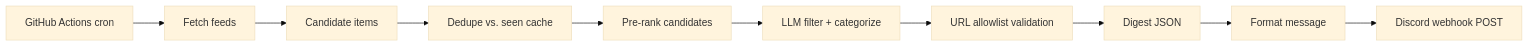
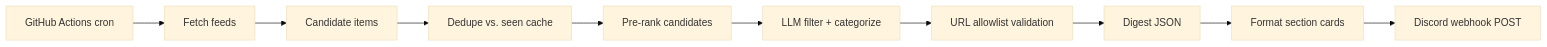
Before and after one commit to vuongj321/cache-me-up: the diagram in docs/ARCHITECTURE.md, drawn with Mermaid (base theme). The commit also changed other lines of this file and 8 other files, not shown here.

````diff
--- a/docs/ARCHITECTURE.md
+++ b/docs/ARCHITECTURE.md
@@ -71,12 +71,12 @@
 ```mermaid
 flowchart LR
   cron[GitHub Actions cron] --> fetch[Fetch feeds]
   fetch --> candidates[Candidate items]
   candidates --> dedupe[Dedupe vs. seen cache]
   dedupe --> rank[Pre-rank candidates]
   rank --> llm[LLM filter + categorize]
   llm --> validate[URL allowlist validation]
   validate --> digest[Digest JSON]
-  digest --> format[Format message]
+  digest --> format[Format section cards]
   format --> discord[Discord webhook POST]
 ```
````
